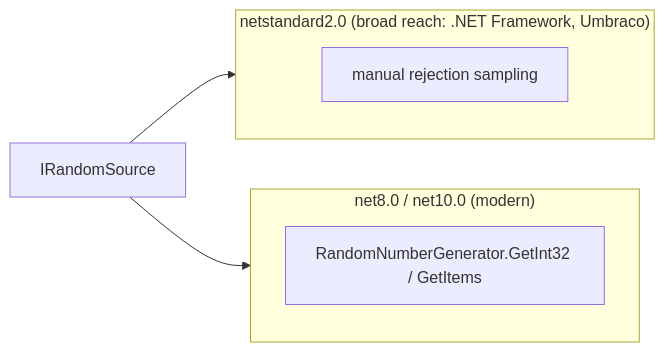
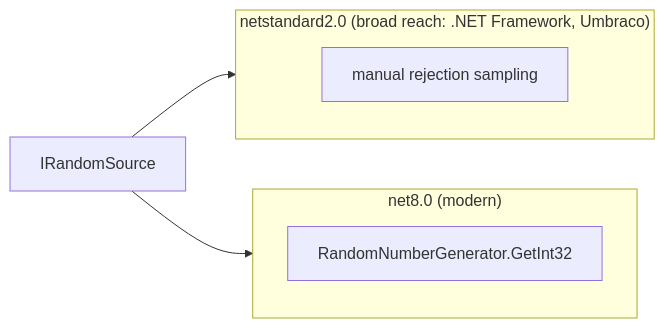
The third of 3 diagrams in docs/v3-target/architecture.md (prjseal/PasswordGenerator), drawn with Mermaid before and after one commit. The commit also changed other lines of this file and 7 other files, not shown here.

````diff
--- a/docs/v3-target/architecture.md
+++ b/docs/v3-target/architecture.md
@@ -91,11 +100,11 @@
 ```mermaid
 flowchart LR
     subgraph ns["netstandard2.0 (broad reach: .NET Framework, Umbraco)"]
         a["manual rejection sampling"]
     end
-    subgraph net8["net8.0 / net10.0 (modern)"]
-        b["RandomNumberGenerator.GetInt32 / GetItems"]
+    subgraph net8["net8.0 (modern)"]
+        b["RandomNumberGenerator.GetInt32"]
     end
     IRandomSource --> ns
     IRandomSource --> net8
 ```
````
